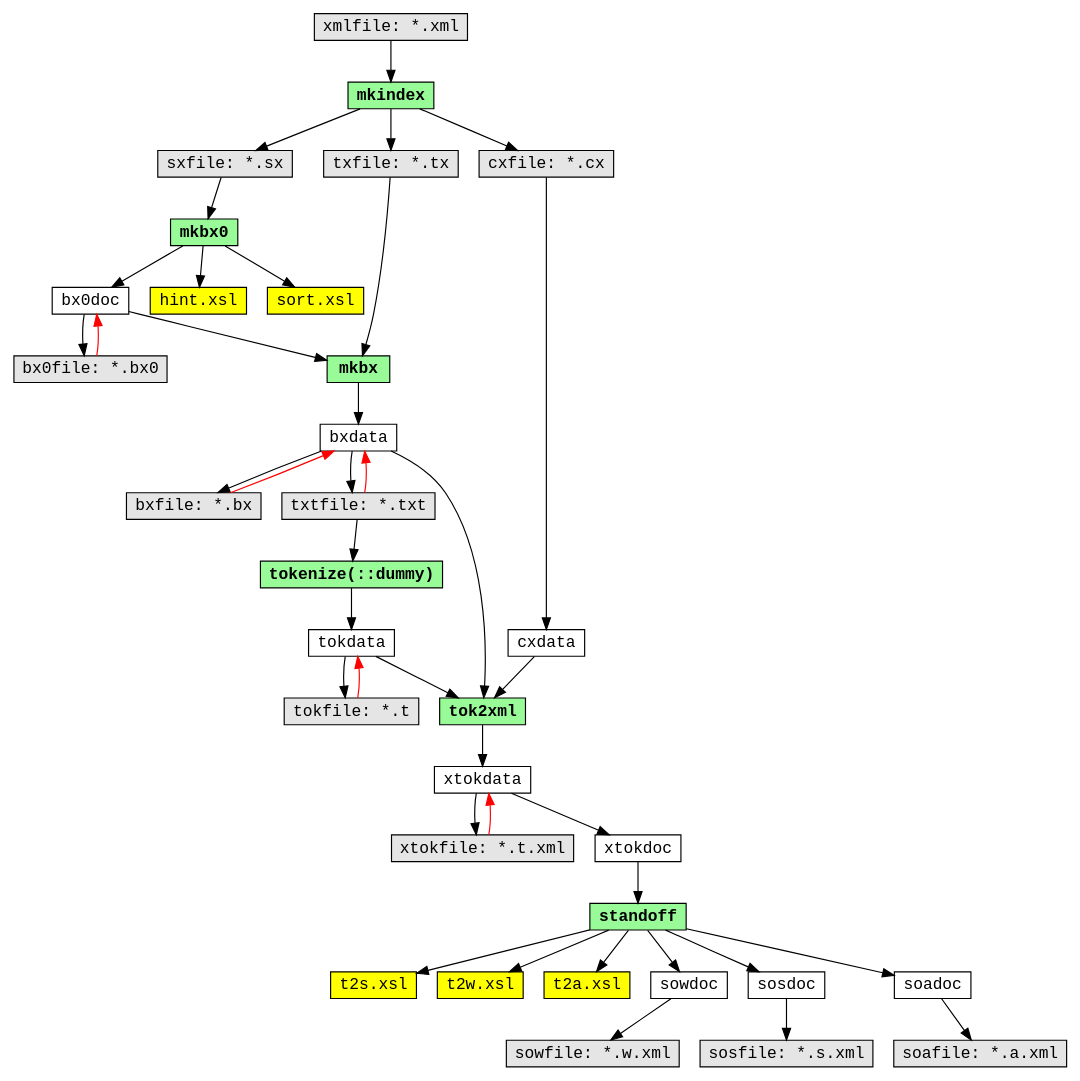
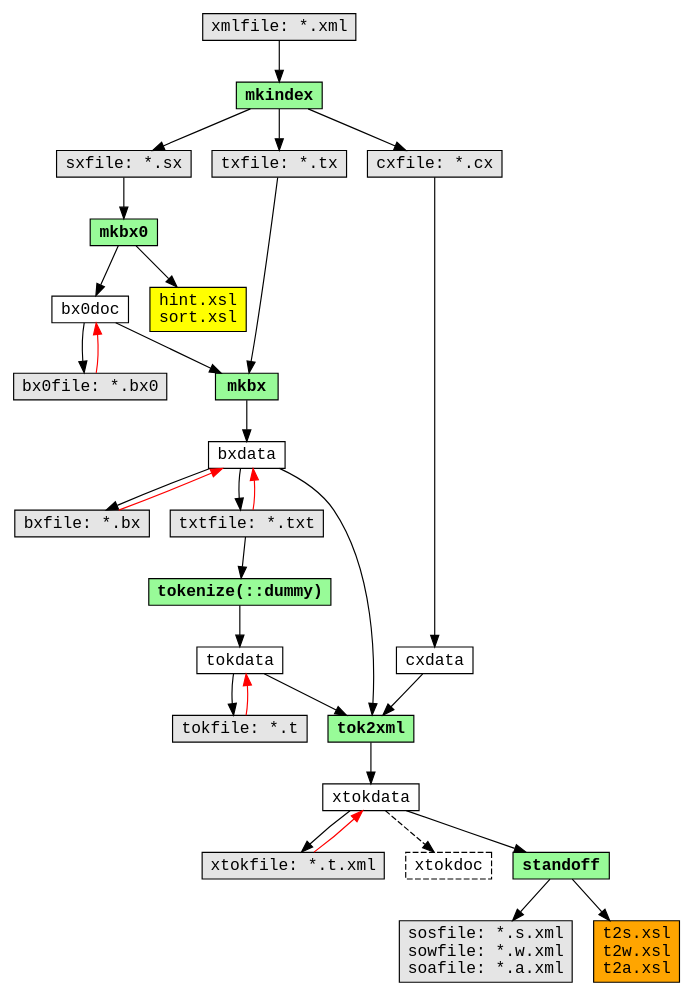
The diagram in doc/dot/dataflow-perl.dot (moocow-the-bovine/dta-tokwrap), drawn with Graphviz before and after one commit.

Commit message:
+ updated dataflow-perl.dot to reflect v0.02 standoff-generation changes

```diff
--- a/doc/dot/dataflow-perl.dot
+++ b/doc/dot/dataflow-perl.dot
@@ -1,101 +1,113 @@
 /* -*- Mode: C -*- */
 digraph dataflow {
   node [shape=rectangle,height=0.25,fontname="Courier"];
   edge [decorate=0,fontname="Courier"];
 
   xml [label="xmlfile: *.xml",shape=rectangle,style=filled,fillcolor=grey90];
 
   mkindex [label="mkindex",shape=rectangle,style=filled,fillcolor=PaleGreen,fontname="Courier-Bold"];
   xml -> mkindex;
 
   sxfile [label="sxfile: *.sx",shape=rectangle,style=filled,fillcolor=grey90];
   txfile [label="txfile: *.tx",shape=rectangle,style=filled,fillcolor=grey90];
   cxfile [label="cxfile: *.cx",shape=rectangle,style=filled,fillcolor=grey90];
   mkindex -> cxfile;
   mkindex -> sxfile;
   mkindex -> txfile;
   {rank=same; cxfile sxfile txfile}
 
   cxdata [label="cxdata"];
   cxfile -> cxdata;
 
   bx0doc [label="bx0doc"];
   mkbx0 [label="mkbx0",shape=rectangle,style=filled,fillcolor=PaleGreen,fontname="Courier-Bold"];
   sxfile -> mkbx0;
   mkbx0 -> bx0doc;
 
-  hint_xsl [label="hint.xsl",shape=rectangle,style=filled,fillcolor=yellow];
-  sort_xsl [label="sort.xsl",shape=rectangle,style=filled,fillcolor=yellow];
-  mkbx0 -> hint_xsl;
-  mkbx0 -> sort_xsl;
+  bx0_xsl  [label="hint.xsl\nsort.xsl",shape=rectangle,style=filled,fillcolor=yellow];
+  mkbx0 -> bx0_xsl;
   
   bx0file [label="bx0file: *.bx0",shape=rectangle,style=filled,fillcolor=grey90];
   bx0doc -> bx0file;
   bx0file -> bx0doc [color=red];
 
   bxdata [label="bxdata"];
   mkbx [label="mkbx",shape=rectangle,style=filled,fillcolor=PaleGreen,fontname="Courier-Bold"];
   bx0doc -> mkbx;
   txfile -> mkbx;
   mkbx -> bxdata;
   //{rank=same; bxdata txtfile;}
   //{rank=same; mkbx bxfile;}
 
   bxfile [label="bxfile: *.bx",shape=rectangle,style=filled,fillcolor=grey90];
   txtfile [label="txtfile: *.txt",shape=rectangle,style=filled,fillcolor=grey90];
   bxdata -> bxfile;
   bxdata -> txtfile;
   bxfile -> bxdata [color=red];
   txtfile -> bxdata [color=red];
   //{rank=same; bxfile txtfile}
 
   tokdata [label="tokdata"];
   tokenize [label="tokenize(::dummy)",shape=rectangle,style=filled,fillcolor=PaleGreen,fontname="Courier-Bold",justify="left"];
   txtfile -> tokenize;
   tokenize -> tokdata;
 
   tokfile [label="tokfile: *.t",shape=rectangle,style=filled,fillcolor=grey90];
   tokdata -> tokfile;
   tokfile -> tokdata [color=red];
   //{rank=same; tokdata tokfile;}
 
   xtokdata [label="xtokdata"];
   xtokfile [label="xtokfile: *.t.xml",shape=rectangle,style=filled,fillcolor=grey90];
-  xtokdoc  [label="xtokdoc"];
+  xtokdoc  [label="xtokdoc",style=dashed];
   xtokdata -> xtokfile;
   xtokfile -> xtokdata [color=red];
-  xtokdata -> xtokdoc;
+  xtokdata -> xtokdoc [style=dashed];
   //{rank=same; xtokdata xtokfile;}
 
   tok2xml [label="tok2xml",shape=rectangle,style=filled,fillcolor=PaleGreen,fontname="Courier-Bold"];
   tokdata -> tok2xml;
   bxdata  -> tok2xml;
   cxdata  -> tok2xml;
   tok2xml -> xtokdata;
   {rank=same; cxdata tokdata};
 
+  //-- standoff via C progs
+  standoff [label="standoff",shape=rectangle,style=filled,fillcolor=PaleGreen,fontname="Courier-Bold"];
+  xtokdata -> standoff;
+
+  sofiles [label="sosfile: *.s.xml\nsowfile: *.w.xml\nsoafile: *.a.xml",shape=rectangle,style=filled,fillcolor=grey90];
+  standoff -> sofiles;
+
+  //-- standoff: xsl stylesheets (now obsolete)
+  standoff_xsl [label="t2s.xsl\nt2w.xsl\nt2a.xsl",shape=rectangle,style=filled,fillcolor=orange];
+  standoff -> standoff_xsl;
+
+  //-- standoff via xsl
+  /*
   standoff [label="standoff",shape=rectangle,style=filled,fillcolor=PaleGreen,fontname="Courier-Bold"];
   xtokdoc -> standoff;
 
   t2s_xsl [label="t2s.xsl",shape=rectangle,style=filled,fillcolor=yellow];
   t2w_xsl [label="t2w.xsl",shape=rectangle,style=filled,fillcolor=yellow];
   t2a_xsl [label="t2a.xsl",shape=rectangle,style=filled,fillcolor=yellow];
   standoff -> t2s_xsl;
   standoff -> t2w_xsl;
   standoff -> t2a_xsl;
 
   sowdoc [label="sowdoc"];
   standoff -> sowdoc;
   sowfile [label="sowfile: *.w.xml",shape=rectangle,style=filled,fillcolor=grey90];
   sowdoc -> sowfile;
   
   sosdoc [label="sosdoc"];
   standoff -> sosdoc;
   sosfile [label="sosfile: *.s.xml",shape=rectangle,style=filled,fillcolor=grey90];
   sosdoc -> sosfile;
 
   soadoc [label="soadoc"];
   standoff -> soadoc;
   soafile [label="soafile: *.a.xml",shape=rectangle,style=filled,fillcolor=grey90];
   soadoc -> soafile;
+  */
 }
```
